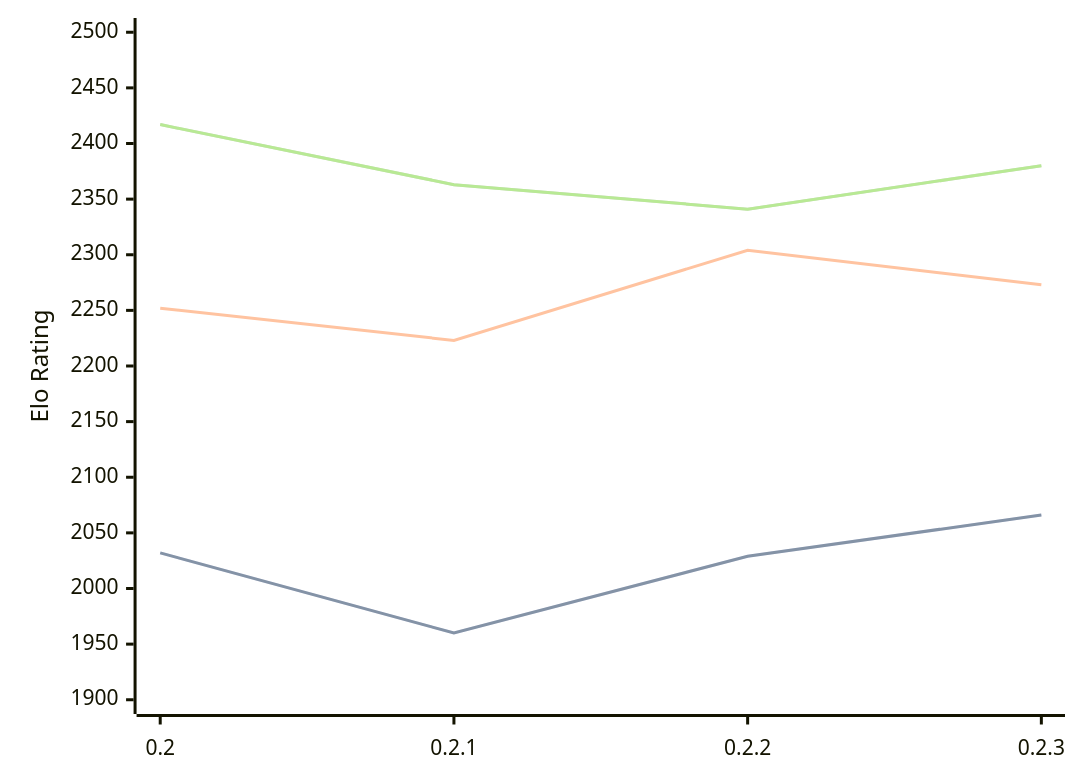
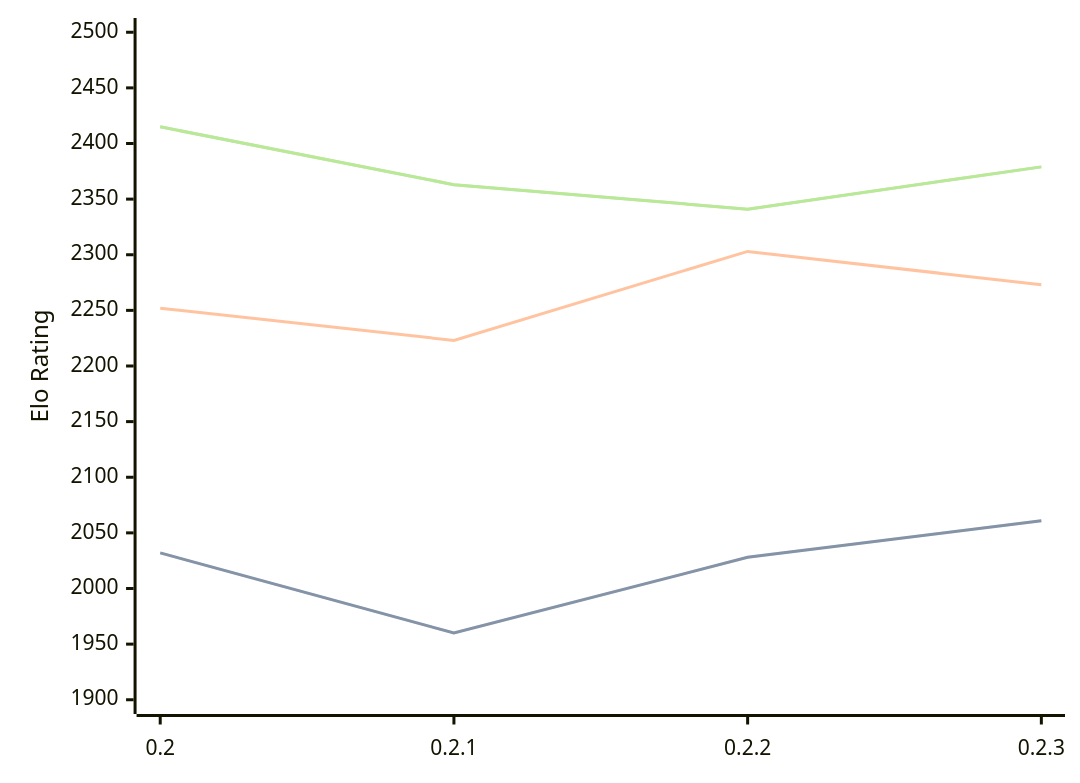
One commit to computer-chess-index/cci changed the diagram in engines/Lolbot.md. Above: the diagram before and after it, drawn with Mermaid. The commit also changed other lines of this file, not shown here.

Commit message:
Update CCI Ratings (ELO VLTC) - 2026-03-18

````diff
--- a/engines/Lolbot.md
+++ b/engines/Lolbot.md
@@ -33,11 +33,11 @@
 ```mermaid
 %%{init: {"theme":"base","themeVariables":{"seriesColors:['#a3a3a3','#222221','#faa371']}}}%%
 xychart-beta
   x-axis ["0.2", "0.2.1", "0.2.2", "0.2.3"]
   y-axis "Elo Rating" 1900 --> 2500
-  line "STC (8.0+0.08s)" [2032, 1960, 2029, 2066]
-  line "STC (8.0+0.08s)" [2032, 1960, 2029, 2066]
-  line "LTC (60.0+0.60s)" [2252, 2223, 2304, 2273]
-  line "VLTC (2m24s+1.12s)" [2417, 2363, 2341, 2380]
-  line "VLTC (2m24s+1.12s)" [2417, 2363, 2341, 2380]
+  line "STC (8.0+0.08s)" [2032, 1960, 2028, 2061]
+  line "STC (8.0+0.08s)" [2032, 1960, 2028, 2061]
+  line "LTC (60.0+0.60s)" [2252, 2223, 2303, 2273]
+  line "VLTC (2m24s+1.12s)" [2415, 2363, 2341, 2379]
+  line "VLTC (2m24s+1.12s)" [2415, 2363, 2341, 2379]
 ```
````
